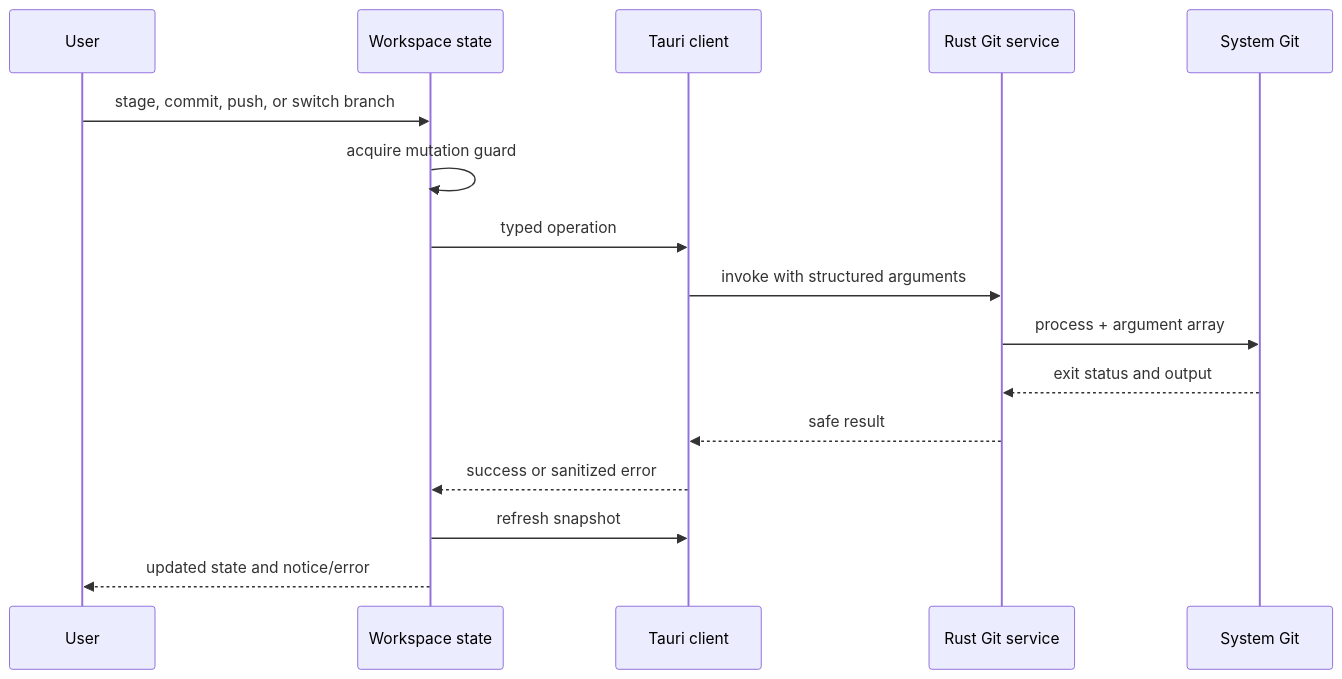
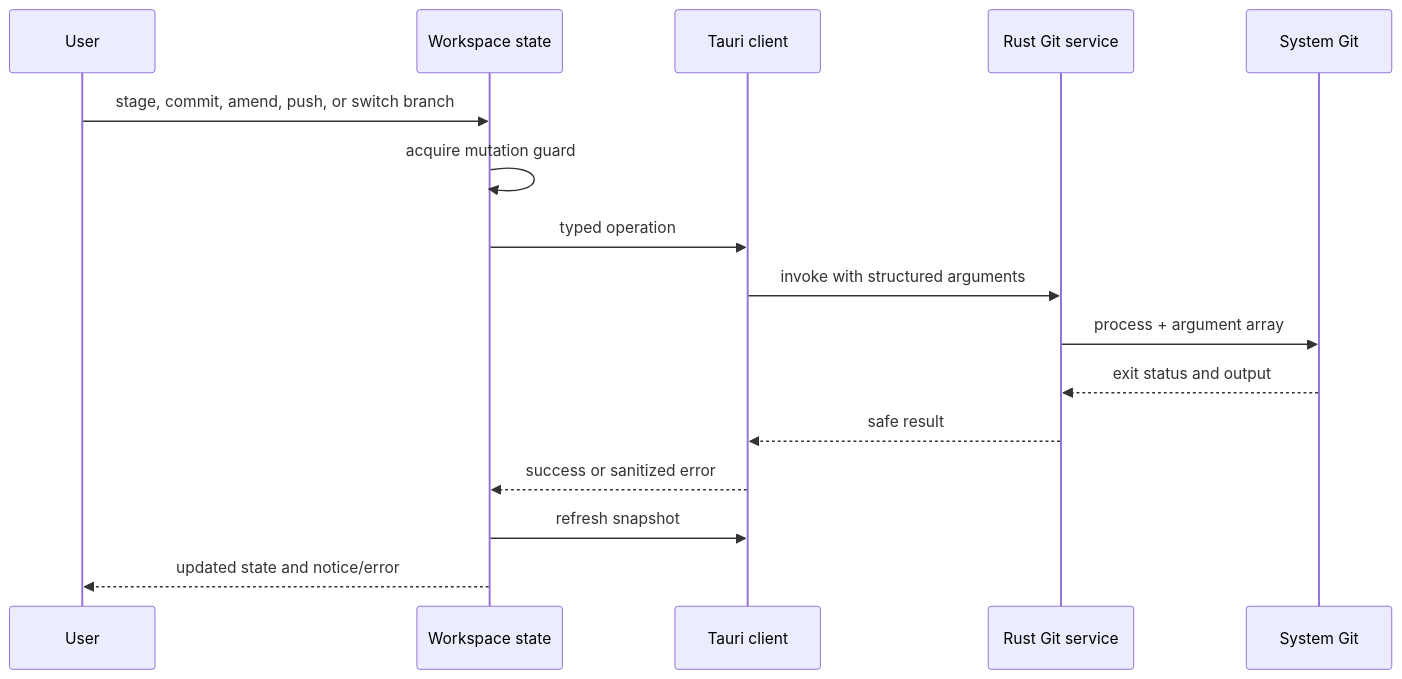
Before and after one commit to YYchainsAw/RepoPuck: the second of 2 diagrams in docs/architecture.md, drawn with Mermaid. The commit also changed other lines of this file and 4 other files, not shown here.

````diff
--- a/docs/architecture.md
+++ b/docs/architecture.md
@@ -69,19 +71,19 @@
 ```mermaid
 sequenceDiagram
     participant U as User
     participant W as Workspace state
     participant T as Tauri client
     participant R as Rust Git service
     participant G as System Git
 
-    U->>W: stage, commit, push, or switch branch
+    U->>W: stage, commit, amend, push, or switch branch
     W->>W: acquire mutation guard
     W->>T: typed operation
     T->>R: invoke with structured arguments
     R->>G: process + argument array
     G-->>R: exit status and output
     R-->>T: safe result
     T-->>W: success or sanitized error
     W->>T: refresh snapshot
     W-->>U: updated state and notice/error
 ```
````
